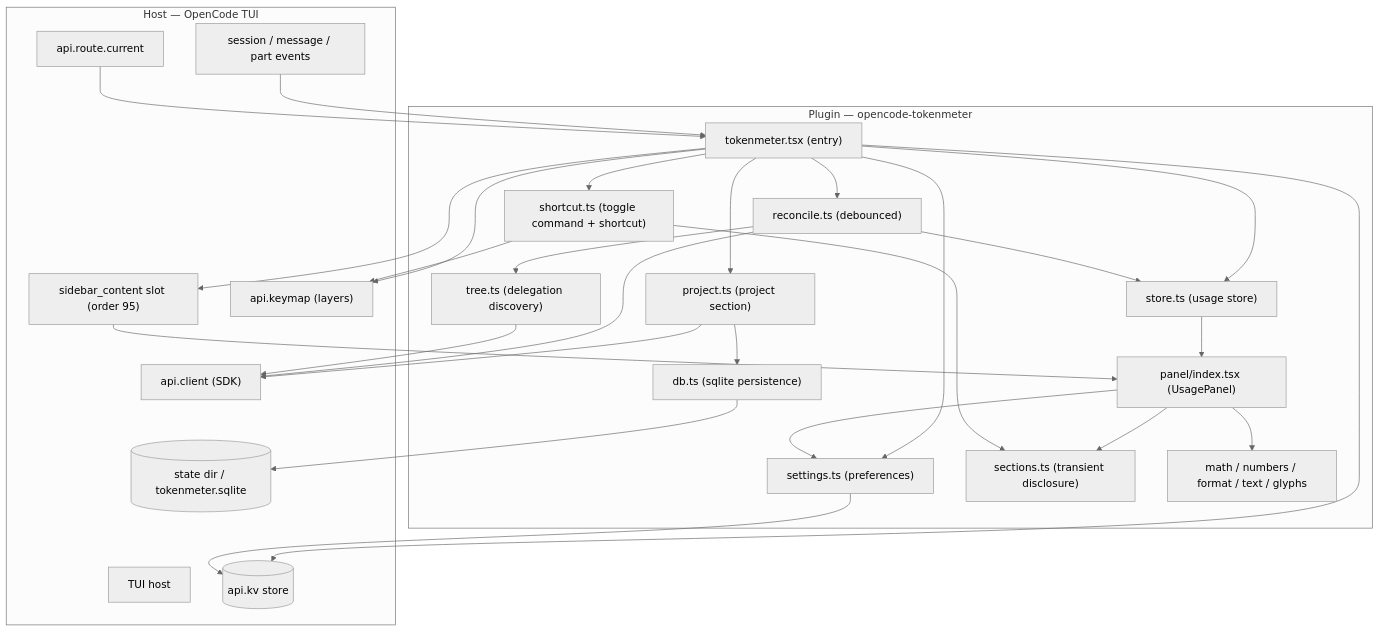
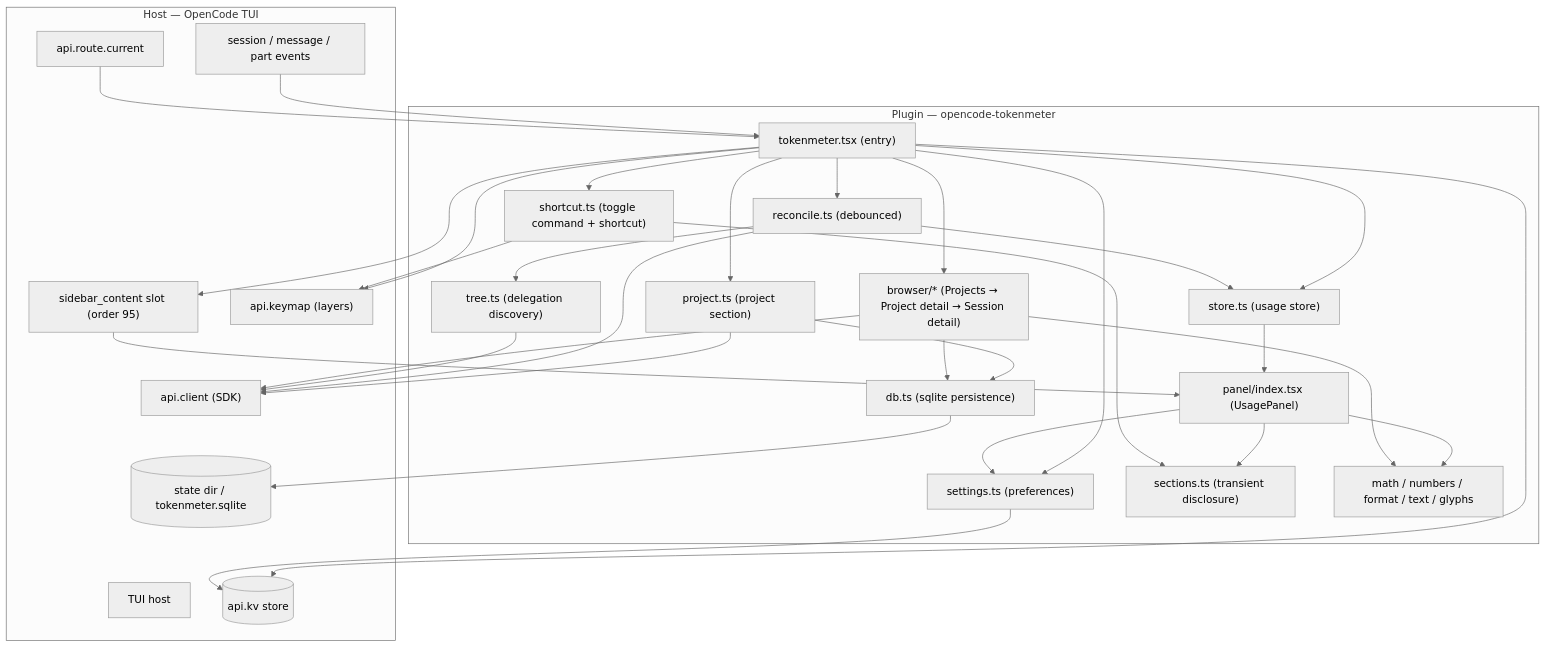
Before and after one commit to jonasotoaguilar/opencode-tokenmeter: the first of 3 diagrams in ARCHITECTURE.md, drawn with Mermaid (neutral theme). The commit also changed other lines of this file and 59 other files, not shown here.

````diff
--- a/ARCHITECTURE.md
+++ b/ARCHITECTURE.md
@@ -23,53 +23,58 @@
 ```mermaid
 graph TD
     subgraph "Host — OpenCode TUI"
         Host["TUI host"]
         Events["session / message / part events"]
         Route["api.route.current"]
         Client["api.client (SDK)"]
         Kv[("api.kv store")]
         State[("state dir / tokenmeter.sqlite")]
         Slot["sidebar_content slot (order 95)"]
         Keymap["api.keymap (layers)"]
     end
 
     subgraph "Plugin — opencode-tokenmeter"
         Entry["tokenmeter.tsx (entry)"]
         Store["store.ts (usage store)"]
         Reconcile["reconcile.ts (debounced)"]
         Tree["tree.ts (delegation discovery)"]
         Project["project.ts (project section)"]
         Db["db.ts (sqlite persistence)"]
         Settings["settings.ts (preferences)"]
         Sections["sections.ts (transient disclosure)"]
         Shortcut["shortcut.ts (toggle command + shortcut)"]
         Panel["panel/index.tsx (UsagePanel)"]
+        Browser["browser/* (Projects → Project detail → Session detail)"]
         MathFmt["math / numbers / format / text / glyphs"]
     end
 
     Events --> Entry
     Route --> Entry
     Entry --> Store
     Entry --> Reconcile
     Entry --> Project
     Entry --> Settings
     Entry --> Shortcut
+    Entry --> Browser
     Entry --> Keymap
     Project --> Db
     Reconcile --> Tree
     Reconcile --> Store
     Project --> Client
     Reconcile --> Client
     Tree --> Client
+    Browser --> Client
+    Browser --> Db
     Store --> Panel
     Db --> State
     Entry --> Kv
     Entry --> Slot
     Slot --> Panel
     Panel --> MathFmt
+    Browser --> MathFmt
     Panel --> Settings
     Panel --> Sections
     Shortcut --> Keymap
     Shortcut --> Sections
     Settings --> Kv
 ```
````
